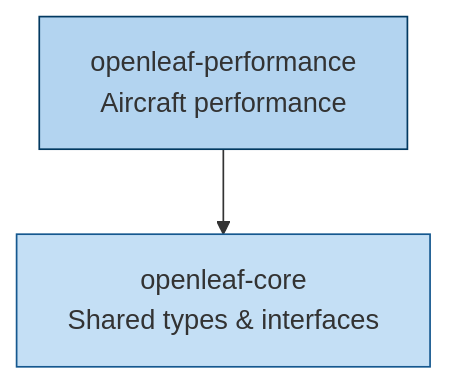
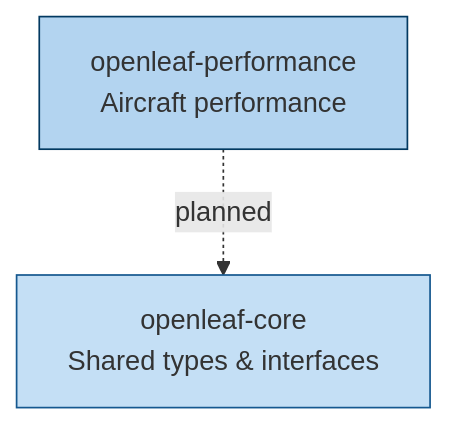
The diagram in README.md (eurocontrol-asu/openleaf), drawn with Mermaid before and after one commit. The commit also changed other lines of this file and 23 other files, not shown here.

````diff
--- a/README.md
+++ b/README.md
@@ -50,8 +50,8 @@
 ```mermaid
 graph TD
     classDef perf fill:#B3D4F0,stroke:#023961
     classDef core fill:#C4DFF5,stroke:#15588F
 
-    PERF["openleaf-performance<br/>Aircraft performance"]:::perf --> CORE
+    PERF["openleaf-performance<br/>Aircraft performance"]:::perf -. planned .-> CORE
     CORE["openleaf-core<br/>Shared types & interfaces"]:::core
 ```
````
